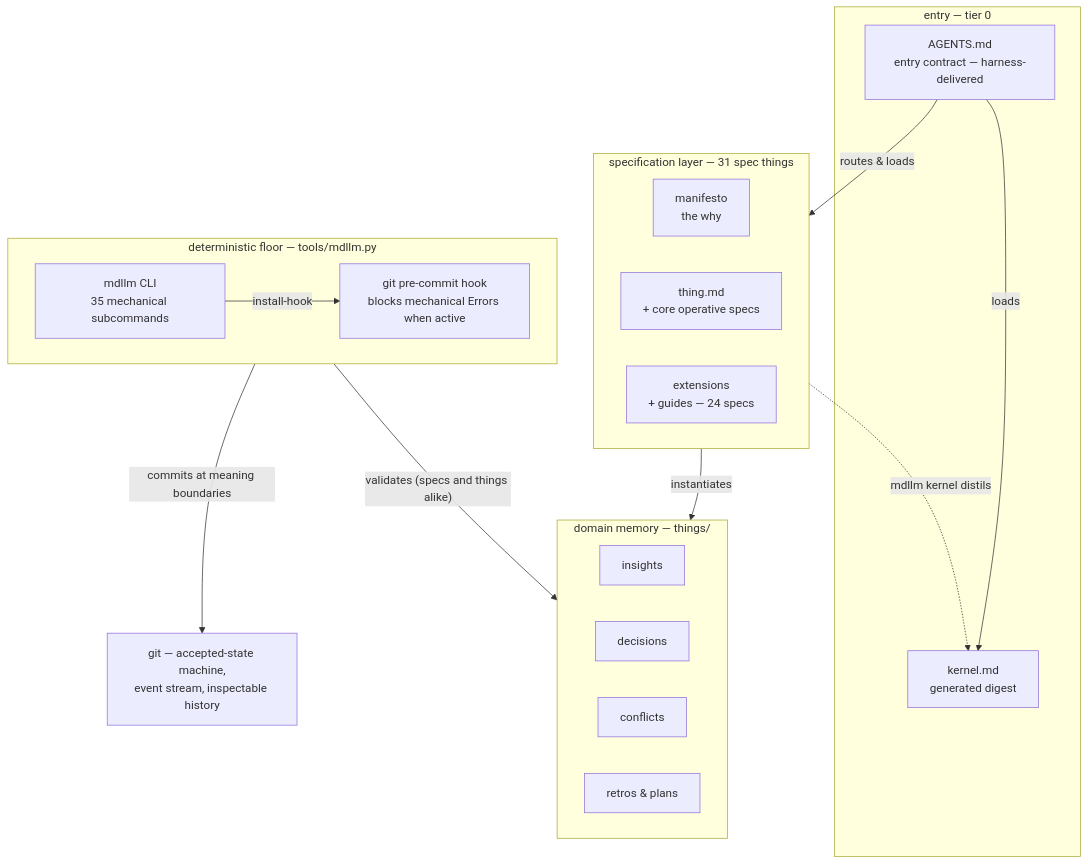
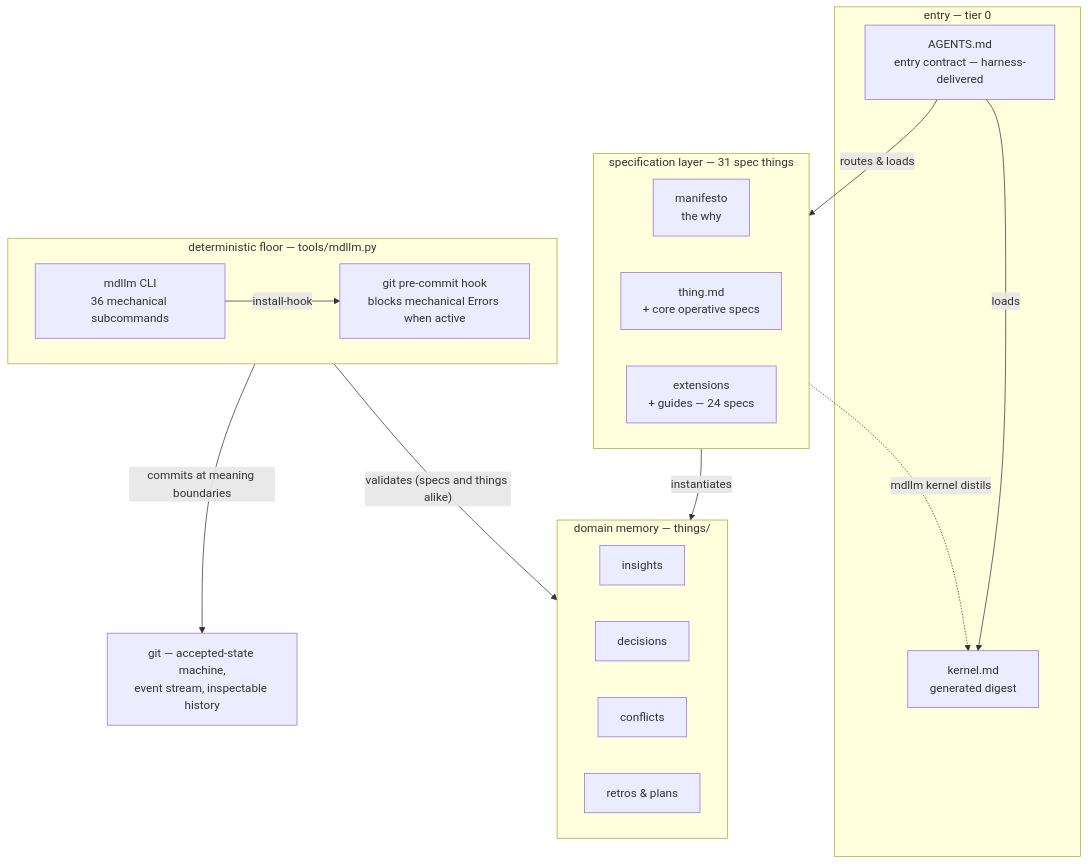
One commit to JanoshMoshiri/MarkdownLLM changed the first of 5 diagrams in docs/framework-map.md. Above: the diagram before and after it, drawn with Mermaid. The commit also changed other lines of this file and 13 other files, not shown here.

````diff
--- a/docs/framework-map.md
+++ b/docs/framework-map.md
@@ -63,49 +63,49 @@
 ```mermaid
 flowchart TD
     accTitle: View 1 - the five bands of the framework, read top-down as a session's life
     accDescr {
         Five stacked bands. The entry band, tier 0, holds AGENTS.md as the
         harness-delivered entry contract and kernel.md as a generated digest. Below
         it the specification layer holds 31 spec things: the manifesto for the
         why, thing.md with the core operative specs, and 24 extension and guide
         specs. Below that, domain memory in the things directory holds insights,
         decisions, conflicts, retrospectives and plans. Below that, the
-        deterministic floor is tools/mdllm.py, providing the mdllm CLI with 35
+        deterministic floor is tools/mdllm.py, providing the mdllm CLI with 36
         mechanical subcommands and a git pre-commit hook that, when current and
         runnable, blocks commits with mechanical Errors. At the base, git is
         the accepted-state machine, event stream and inspectable audit aid.
         The edges run as follows. AGENTS.md loads the kernel and routes
         to the specs. The specs distil back up into the kernel via mdllm
         kernel, which is why that one edge points upward. The specs instantiate
         domain memory. The CLI installs the hook. The floor validates memory,
         specs and things alike, and commits at meaning boundaries into git.
     }
     subgraph entry ["entry — tier 0"]
         AGENTS["AGENTS.md<br/>entry contract — harness-delivered"]
         KERNEL["kernel.md<br/>generated digest"]
     end
     subgraph specs ["specification layer — 31 spec things"]
         MANIFESTO["manifesto<br/>the why"]
         THING["thing.md<br/>+ core operative specs"]
         EXT["extensions<br/>+ guides — 24 specs"]
     end
     subgraph memory ["domain memory — things/"]
         INSIGHTS["insights"]
         DECISIONS["decisions"]
         CONFLICTS["conflicts"]
         RETROS["retros & plans"]
     end
     subgraph floor ["deterministic floor — tools/mdllm.py"]
-        MDLLM["mdllm CLI<br/>35 mechanical subcommands"]
+        MDLLM["mdllm CLI<br/>36 mechanical subcommands"]
         HOOK["git pre-commit hook<br/>blocks mechanical Errors when active"]
     end
     GIT["git — accepted-state machine,<br/>event stream, inspectable history"]
 
     AGENTS -->|loads| KERNEL
     AGENTS -->|routes & loads| specs
     specs -.->|"mdllm kernel distils"| KERNEL
     specs -->|instantiates| memory
     MDLLM -->|install-hook| HOOK
     floor -->|"validates (specs and things alike)"| memory
     floor -->|commits at meaning boundaries| GIT
 ```
````
